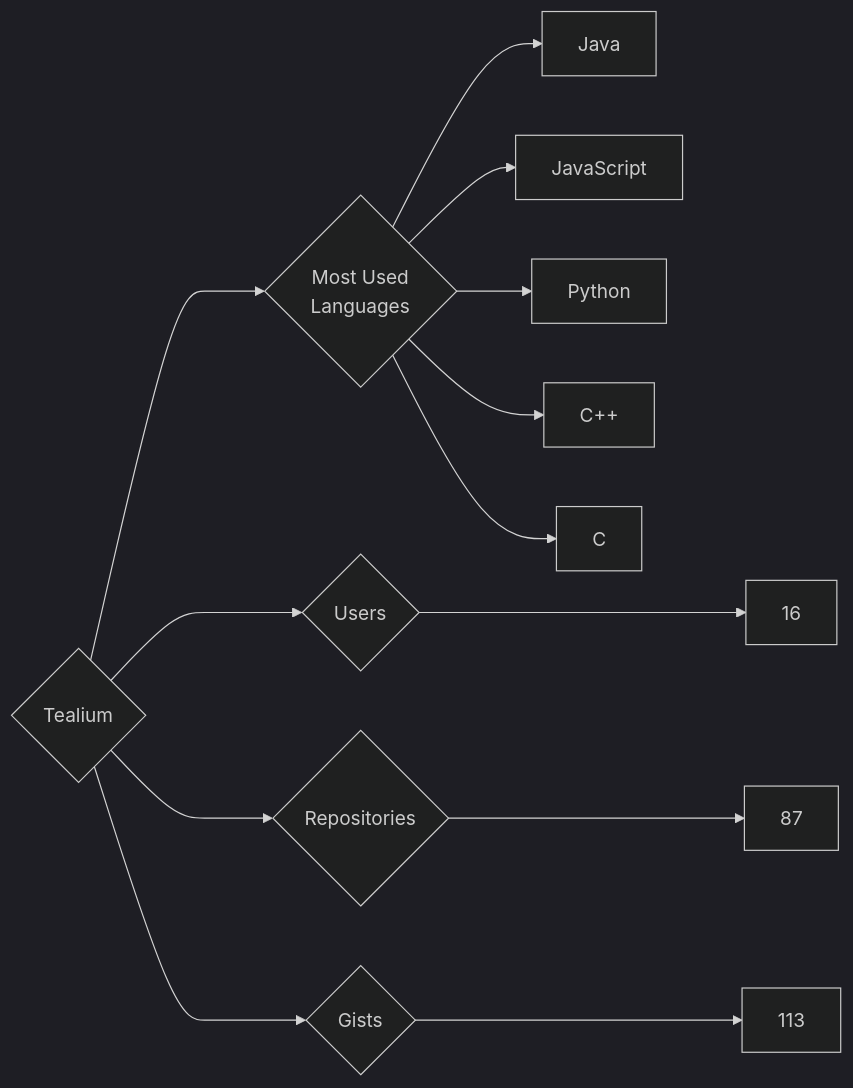
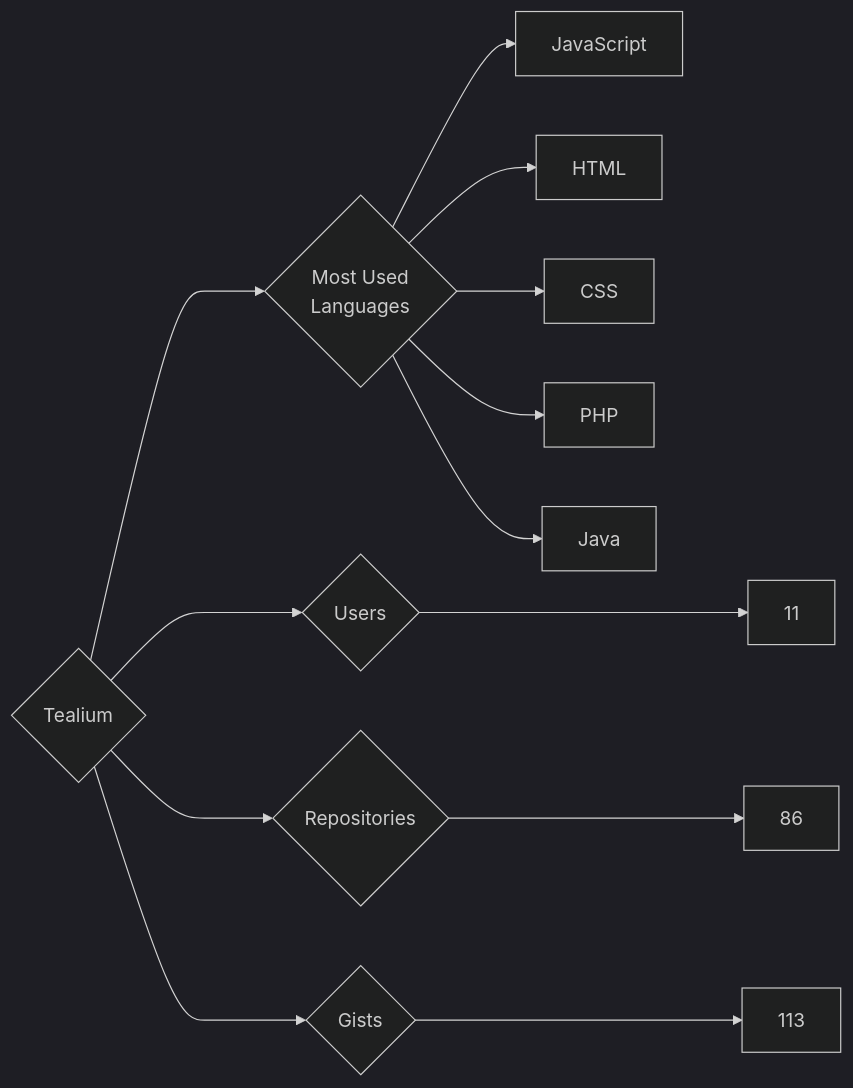
The diagram in targets/Tealium/README.md (trickest/insiders), drawn with Mermaid (dark theme) before and after one commit. The commit also changed 770 other files, not shown here.

````diff
--- a/targets/Tealium/README.md
+++ b/targets/Tealium/README.md
@@ -3,13 +3,13 @@
 ```mermaid
 graph LR
 COMPANY_NAME{Tealium}
-COMPANY_NAME ---> U{Users} ---> UN[16]
-COMPANY_NAME ---> R{Repositories} ---> RN[87]
+COMPANY_NAME ---> U{Users} ---> UN[11]
+COMPANY_NAME ---> R{Repositories} ---> RN[86]
 COMPANY_NAME ---> G{Gists} ---> GN[113]
 COMPANY_NAME ---> ML{Most Used<br>Languages}
+ML --> JavaScript[JavaScript]
+ML --> HTML[HTML]
+ML --> CSS[CSS]
+ML --> PHP[PHP]
 ML --> Java[Java]
-ML --> JavaScript[JavaScript]
-ML --> Python[Python]
-ML --> C++[C++]
-ML --> C[C]
 ```
````
